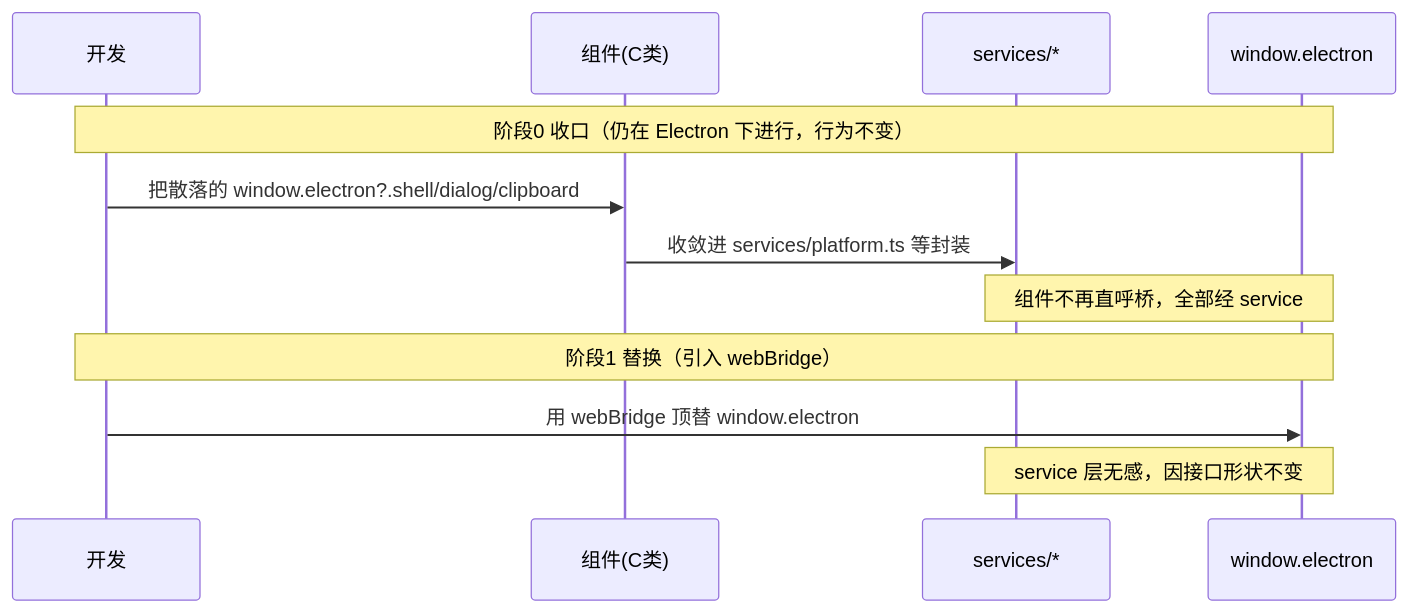
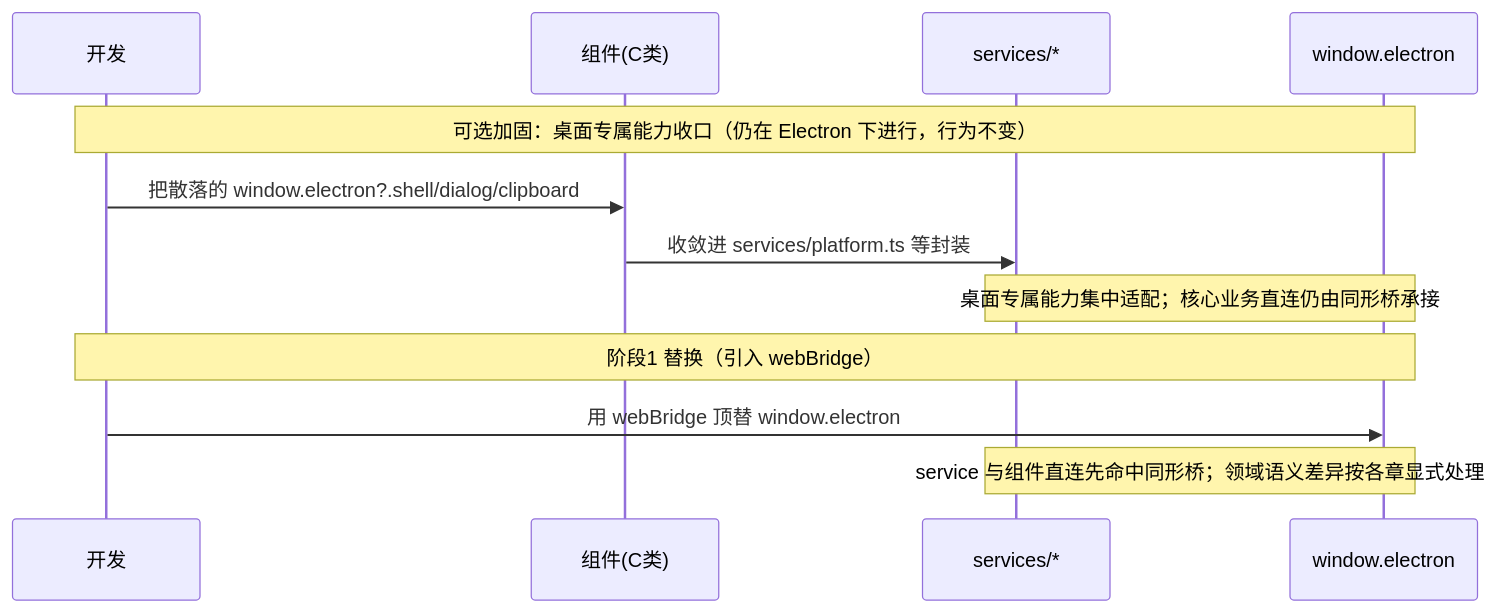
Before and after one commit to edward-ng-duke/LobsterAI: the second of 6 diagrams in 改造计划/03-前端与传输层改造.md, drawn with Mermaid. The commit also changed other lines of this file and 27 other files, not shown here.

````diff
--- a/改造计划/03-前端与传输层改造.md
+++ b/改造计划/03-前端与传输层改造.md
@@ -58,16 +58,16 @@
 ```mermaid
 sequenceDiagram
   participant Dev as 开发
   participant Comp as 组件(C类)
   participant Svc as services/*
   participant Bridge as window.electron
 
-  Note over Dev,Bridge: 阶段0 收口（仍在 Electron 下进行，行为不变）
+  Note over Dev,Bridge: 可选加固：桌面专属能力收口（仍在 Electron 下进行，行为不变）
   Dev->>Comp: 把散落的 window.electron?.shell/dialog/clipboard
   Comp->>Svc: 收敛进 services/platform.ts 等封装
-  Note over Svc,Bridge: 组件不再直呼桥，全部经 service
+  Note over Svc,Bridge: 桌面专属能力集中适配；核心业务直连仍由同形桥承接
 
   Note over Dev,Bridge: 阶段1 替换（引入 webBridge）
   Dev->>Bridge: 用 webBridge 顶替 window.electron
-  Note over Svc,Bridge: service 层无感，因接口形状不变
+  Note over Svc,Bridge: service 与组件直连先命中同形桥；领域语义差异按各章显式处理
 ```
````
